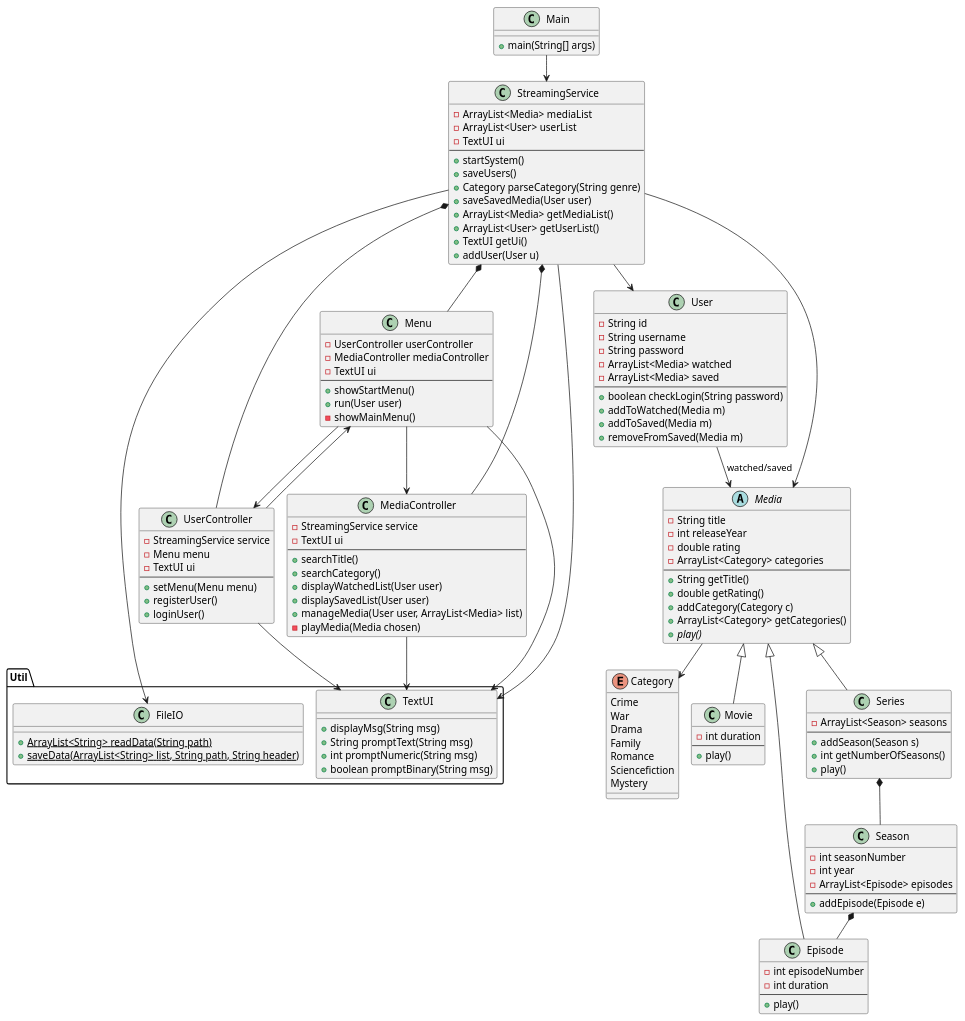
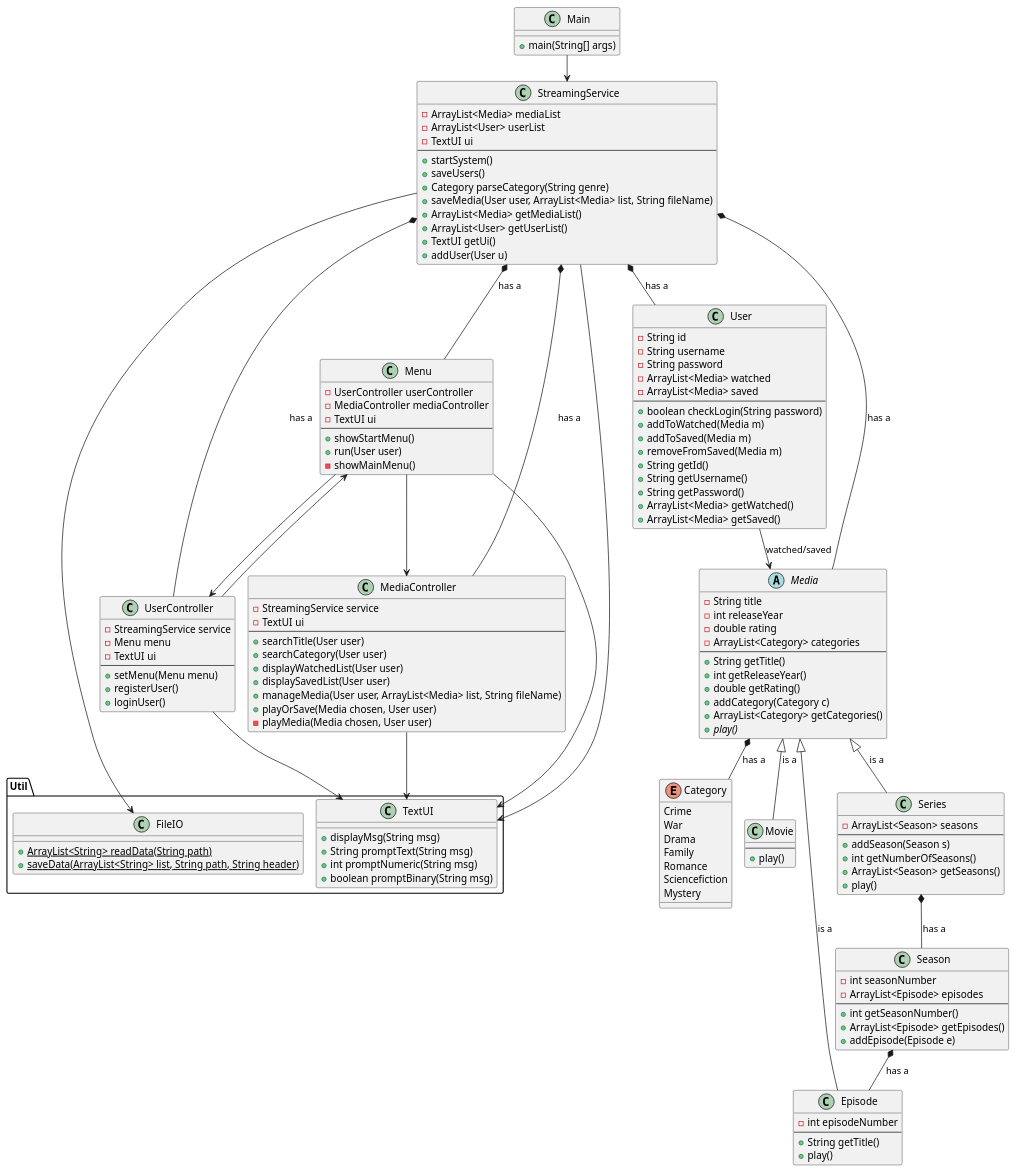
Before and after one commit to BesimaP/SP3---Streaming---Tjeneste: the diagram in doc/static/klassediagramv2.puml, drawn with PlantUML. The commit also changed 14 other files, not shown here.

Commit message:
klassediagramv2.puml opdateret

```diff
--- a/doc/static/klassediagramv2.puml
+++ b/doc/static/klassediagramv2.puml
@@ -1,163 +1,171 @@
 @startuml
 !pragma layout smetana
 
 class Main {
     +main(String[] args)
 }
 
 class StreamingService {
     -ArrayList<Media> mediaList
     -ArrayList<User> userList
     -TextUI ui
     --
     +startSystem()
     +saveUsers()
     +Category parseCategory(String genre)
-    +saveSavedMedia(User user)
+    +saveMedia(User user, ArrayList<Media> list, String fileName)
     +ArrayList<Media> getMediaList()
     +ArrayList<User> getUserList()
     +TextUI getUi()
     +addUser(User u)
 }
 
 class Menu {
     -UserController userController
     -MediaController mediaController
     -TextUI ui
     --
     +showStartMenu()
     +run(User user)
     -showMainMenu()
 }
 
 class UserController {
     -StreamingService service
     -Menu menu
     -TextUI ui
     --
     +setMenu(Menu menu)
     +registerUser()
     +loginUser()
 }
 
 class MediaController {
     -StreamingService service
     -TextUI ui
     --
-    +searchTitle()
-    +searchCategory()
+    +searchTitle(User user)
+    +searchCategory(User user)
     +displayWatchedList(User user)
     +displaySavedList(User user)
-    +manageMedia(User user, ArrayList<Media> list)
-    -playMedia(Media chosen)
+    +manageMedia(User user, ArrayList<Media> list, String fileName)
+    +playOrSave(Media chosen, User user)
+    -playMedia(Media chosen, User user)
 }
 
 abstract class Media {
     -String title
     -int releaseYear
     -double rating
     -ArrayList<Category> categories
     --
     +String getTitle()
+    +int getReleaseYear()
     +double getRating()
     +addCategory(Category c)
     +ArrayList<Category> getCategories()
     +{abstract} play()
 }
 
 class Movie {
-    -int duration
     --
     +play()
 }
 
 class Series {
     -ArrayList<Season> seasons
     --
     +addSeason(Season s)
     +int getNumberOfSeasons()
+    +ArrayList<Season> getSeasons()
     +play()
 }
 
 class Season {
     -int seasonNumber
-    -int year
     -ArrayList<Episode> episodes
     --
+    +int getSeasonNumber()
+    +ArrayList<Episode> getEpisodes()
     +addEpisode(Episode e)
 }
 
 class Episode {
     -int episodeNumber
-    -int duration
     --
+    +String getTitle()
     +play()
 }
 
 class User {
     -String id
     -String username
     -String password
     -ArrayList<Media> watched
     -ArrayList<Media> saved
     --
     +boolean checkLogin(String password)
     +addToWatched(Media m)
     +addToSaved(Media m)
     +removeFromSaved(Media m)
+    +String getId()
+    +String getUsername()
+    +String getPassword()
+    +ArrayList<Media> getWatched()
+    +ArrayList<Media> getSaved()
 }
 
 enum Category {
     Crime
     War
     Drama
     Family
     Romance
     Sciencefiction
     Mystery
 }
 
 package Util {
     class FileIO {
         +{static} ArrayList<String> readData(String path)
         +{static} saveData(ArrayList<String> list, String path, String header)
     }
 
     class TextUI {
         +displayMsg(String msg)
         +String promptText(String msg)
         +int promptNumeric(String msg)
         +boolean promptBinary(String msg)
     }
 }
 
 ' Relationer
 Main --> StreamingService
 
-StreamingService *-- UserController
-StreamingService *-- MediaController
-StreamingService *-- Menu
+StreamingService *-- UserController : "has a"
+StreamingService *-- MediaController : "has a"
+StreamingService *-- Menu : "has a"
 StreamingService --> FileIO
 StreamingService --> TextUI
-StreamingService --> User
-StreamingService --> Media
+StreamingService *-- User : "has a"
+StreamingService *-- Media : "has a"
 
 Menu --> UserController
 Menu --> MediaController
 Menu --> TextUI
 
 UserController --> Menu
 UserController --> TextUI
 
 MediaController --> TextUI
 
-Media <|-- Movie
-Media <|-- Series
-Series *-- Season
-Season *-- Episode
-Media <|-- Episode
-Media --> Category
+Media <|-- Movie : "is a"
+Media <|-- Series : "is a"
+Media <|-- Episode : "is a"
+Series *-- Season : "has a"
+Season *-- Episode : "has a"
+Media *-- Category : "has a"
 
-User --> Media : watched/saved
+User --> Media : "watched/saved"
 
 @enduml
```
